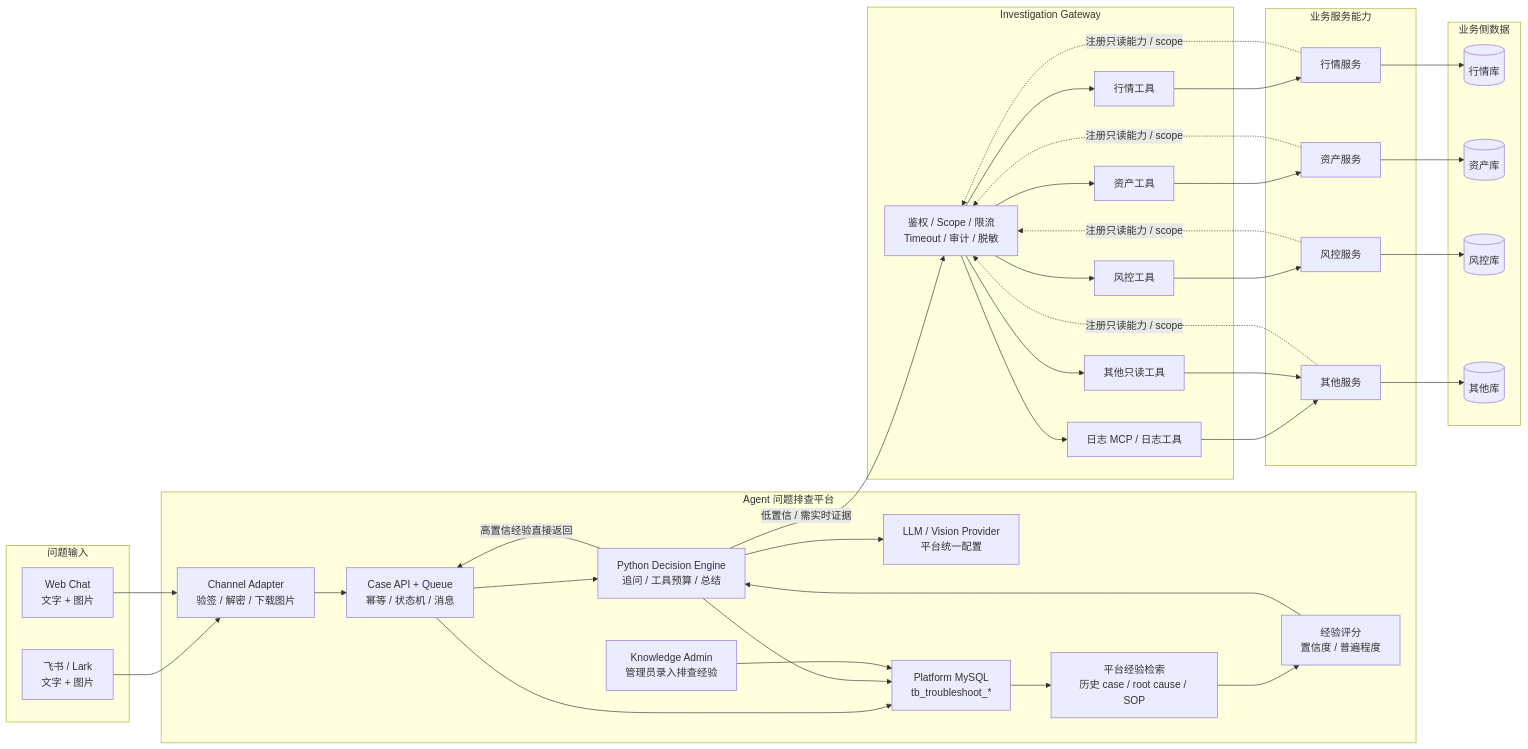
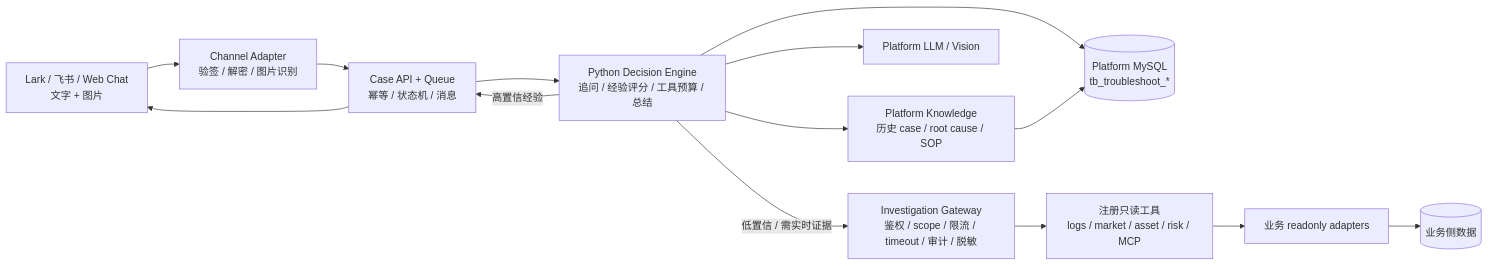
One commit to Nankis/ai-troubleshooter changed the diagram in README.md. Above: the diagram before and after it, drawn with Mermaid. The commit also changed other lines of this file and 1 other file, not shown here.

````diff
--- a/README.md
+++ b/README.md
@@ -107,73 +26,16 @@
 ```mermaid
 flowchart LR
-  subgraph Input["问题输入"]
-    Chat["飞书 / Lark<br/>文字 + 图片"]
-    Web["Web Chat<br/>文字 + 图片"]
-  end
-
-  subgraph Platform["Agent 问题排查平台"]
-    Intake["Channel Adapter<br/>验签 / 解密 / 下载图片"]
-    Case["Case API + Queue<br/>幂等 / 状态机 / 消息"]
-    Brain["Python Decision Engine<br/>追问 / 工具预算 / 总结"]
-    Experience["平台经验检索<br/>历史 case / root cause / SOP"]
-    Score["经验评分<br/>置信度 / 普遍程度"]
-    Model["LLM / Vision Provider<br/>平台统一配置"]
-    Admin["Knowledge Admin<br/>管理员录入排查经验"]
-    Data["Platform MySQL<br/>tb_troubleshoot_*"]
-  end
-
-  subgraph Gateway["Investigation Gateway"]
-    Gate["鉴权 / Scope / 限流<br/>Timeout / 审计 / 脱敏"]
-    LogsTool["日志 MCP / 日志工具"]
-    MarketTool["行情工具"]
-    AssetTool["资产工具"]
-    RiskTool["风控工具"]
-    OtherTool["其他只读工具"]
-  end
-
-  subgraph Business["业务服务能力"]
-    MarketSvc["行情服务"]
-    AssetSvc["资产服务"]
-    RiskSvc["风控服务"]
-    OtherSvc["其他服务"]
-  end
-
-  subgraph BusinessDB["业务侧数据"]
-    MarketDB[(行情库)]
-    AssetDB[(资产库)]
-    RiskDB[(风控库)]
-    OtherDB[(其他库)]
-  end
-
-  Chat --> Intake
-  Web --> Intake
-  Intake --> Case
-  Case --> Brain
-  Case --> Data
-  Brain --> Model
-  Brain --> Data
-  Admin --> Data
-  Data --> Experience
-  Experience --> Score
-  Score --> Brain
-  Brain -- "高置信经验直接返回" --> Case
-  Brain -- "低置信 / 需实时证据" --> Gate
-  Gate --> LogsTool
-  Gate --> MarketTool
-  Gate --> AssetTool
-  Gate --> RiskTool
-  Gate --> OtherTool
-  MarketSvc -. "注册只读能力 / scope" .-> Gate
-  AssetSvc -. "注册只读能力 / scope" .-> Gate
-  RiskSvc -. "注册只读能力 / scope" .-> Gate
-  OtherSvc -. "注册只读能力 / scope" .-> Gate
-  LogsTool --> OtherSvc
-  MarketTool --> MarketSvc
-  AssetTool --> AssetSvc
-  RiskTool --> RiskSvc
-  OtherTool --> OtherSvc
-  MarketSvc --> MarketDB
-  AssetSvc --> AssetDB
-  RiskSvc --> RiskDB
-  OtherSvc --> OtherDB
+  Input["Lark / 飞书 / Web Chat<br/>文字 + 图片"] --> Intake["Channel Adapter<br/>验签 / 解密 / 图片识别"]
+  Intake --> Case["Case API + Queue<br/>幂等 / 状态机 / 消息"]
+  Case --> Engine["Python Decision Engine<br/>追问 / 经验评分 / 工具预算 / 总结"]
+  Engine --> Knowledge["Platform Knowledge<br/>历史 case / root cause / SOP"]
+  Engine --> Model["Platform LLM / Vision"]
+  Engine --> Store[("Platform MySQL<br/>tb_troubleshoot_*")]
+  Knowledge --> Store
+  Engine -- "低置信 / 需实时证据" --> Gateway["Investigation Gateway<br/>鉴权 / scope / 限流 / timeout / 审计 / 脱敏"]
+  Gateway --> Tools["注册只读工具<br/>logs / market / asset / risk / MCP"]
+  Tools --> Business["业务 readonly adapters"]
+  Business --> BusinessDB[("业务侧数据")]
+  Engine -- "高置信经验" --> Case
+  Case --> Input
 ```
````
